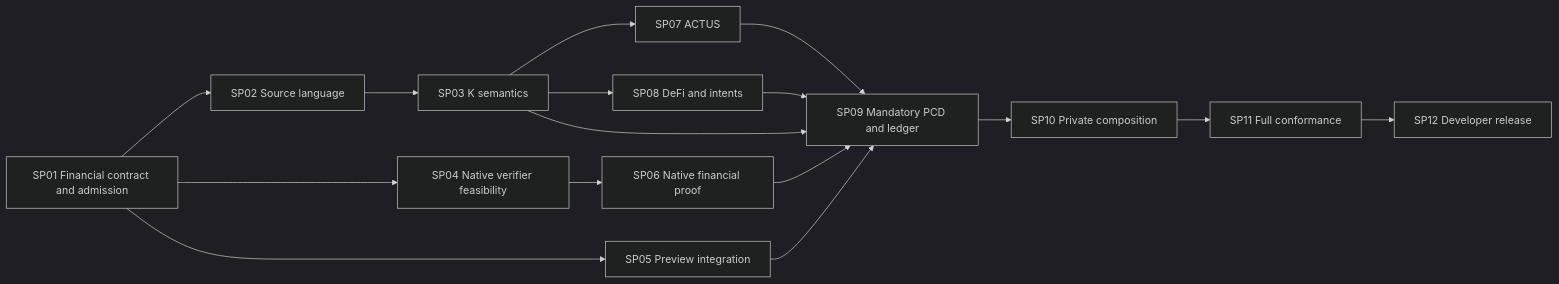
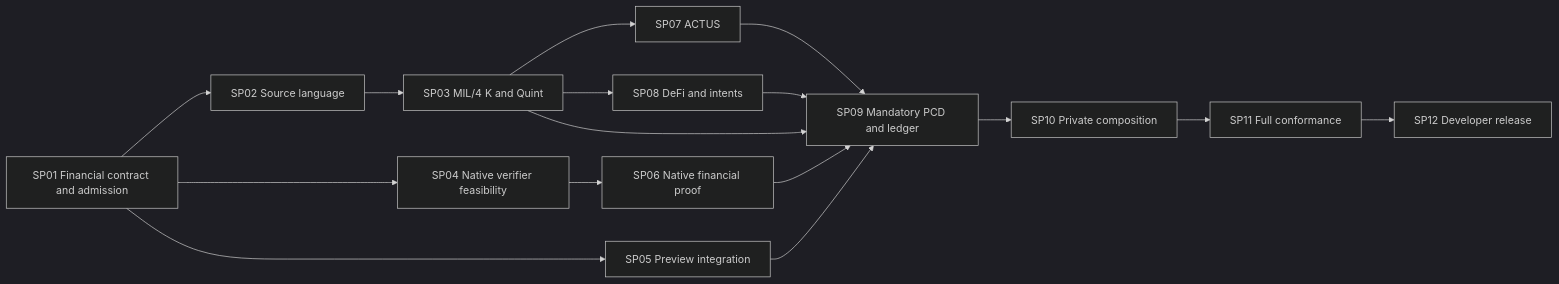
The diagram in openspec/sprints/README.md (CharlesHoskinson/Moriarty), drawn with Mermaid (dark theme) before and after one commit. The commit also changed other lines of this file and 898 other files, not shown here.

````diff
--- a/openspec/sprints/README.md
+++ b/openspec/sprints/README.md
@@ -34,18 +34,18 @@
 ```mermaid
 flowchart LR
   SP01[SP01 Financial contract and admission] --> SP02[SP02 Source language]
-  SP02 --> SP03[SP03 K semantics]
+  SP02 --> SP03[SP03 MIL/4 K and Quint]
   SP01 --> SP04[SP04 Native verifier feasibility]
   SP01 --> SP05[SP05 Preview integration]
   SP04 --> SP06[SP06 Native financial proof]
   SP03 --> SP07[SP07 ACTUS]
   SP03 --> SP08[SP08 DeFi and intents]
   SP03 --> SP09[SP09 Mandatory PCD and ledger]
   SP05 --> SP09
   SP06 --> SP09
   SP07 --> SP09
   SP08 --> SP09
   SP09 --> SP10[SP10 Private composition]
   SP10 --> SP11[SP11 Full conformance]
   SP11 --> SP12[SP12 Developer release]
 ```
````
